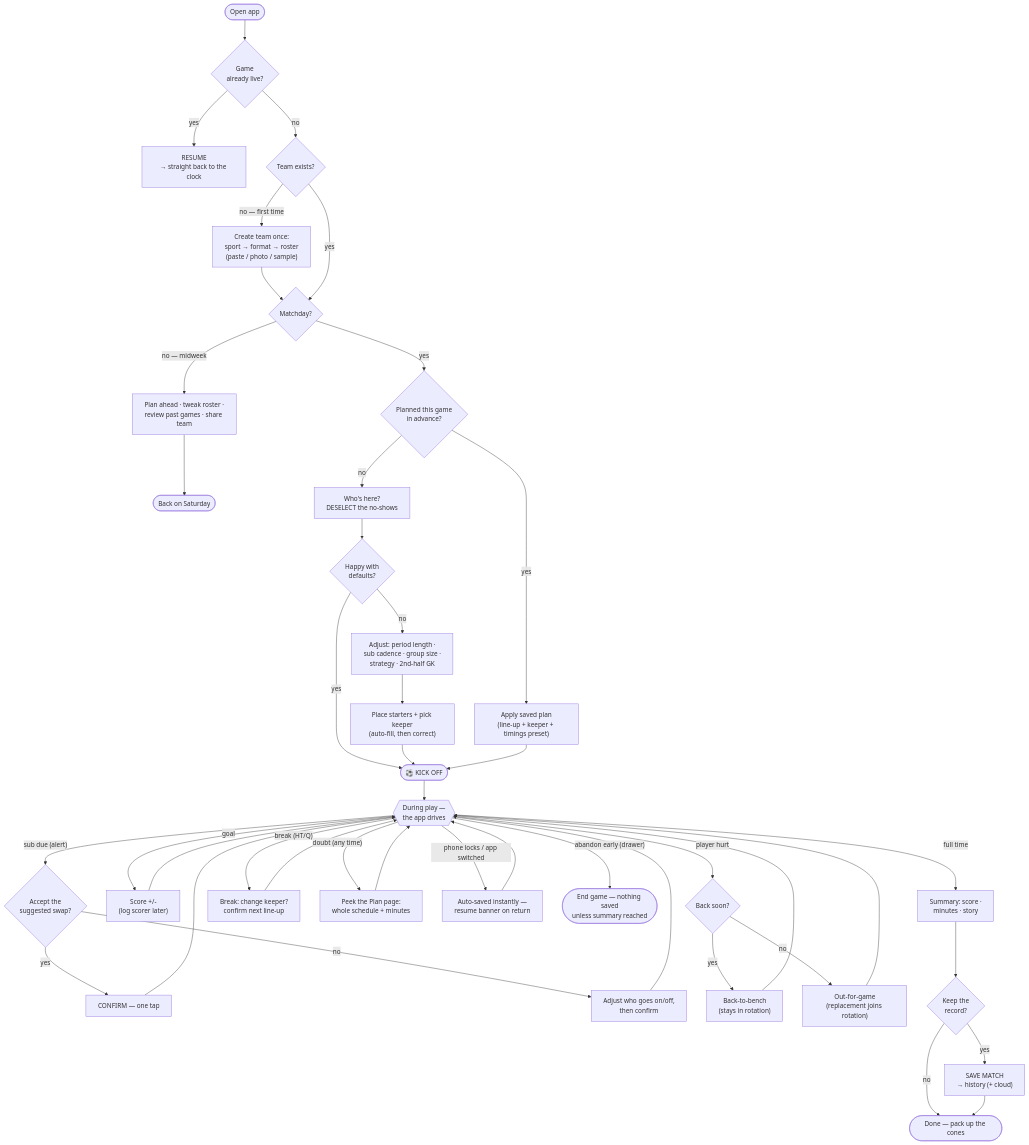
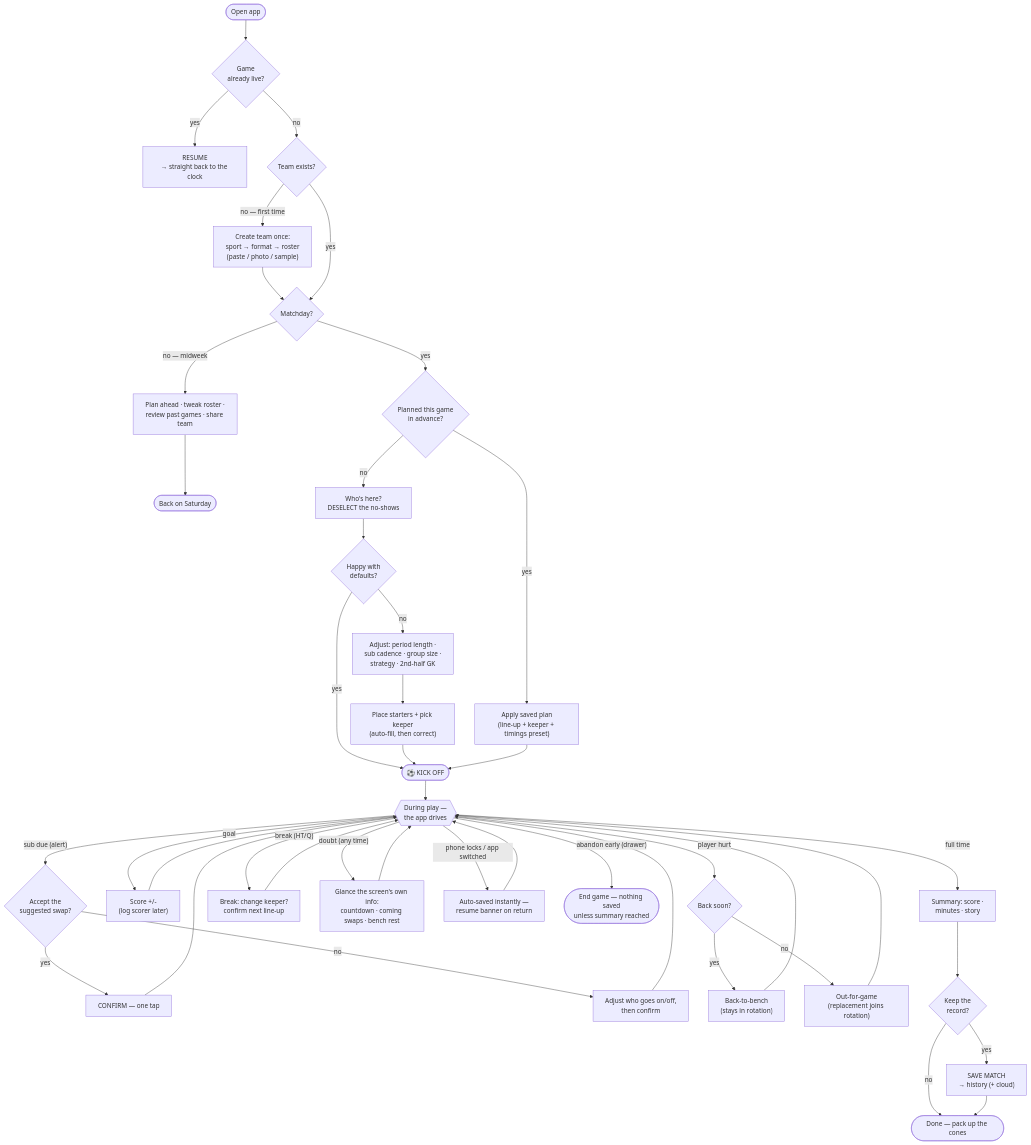
The second of 3 diagrams in docs/FLOW.md (PettetArchitects/OSKIMOO_sub-timer), drawn with Mermaid before and after one commit. The commit also changed other lines of this file and 8 other files, not shown here.

````diff
--- a/docs/FLOW.md
+++ b/docs/FLOW.md
@@ -91,46 +92,46 @@
 ```mermaid
 flowchart TD
     open(["Open app"]) --> live{"Game<br/>already live?"}
     live -->|yes| resume["RESUME<br/>→ straight back to the clock"]
     live -->|no| team{"Team exists?"}
 
     team -->|no — first time| create["Create team once:<br/>sport → format → roster<br/>(paste / photo / sample)"]
     create --> day
     team -->|yes| day{"Matchday?"}
 
     day -->|"no — midweek"| midweek["Plan ahead · tweak roster ·<br/>review past games · share team"]
     midweek --> later(["Back on Saturday"])
 
     day -->|yes| ready{"Planned this game<br/>in advance?"}
 
     ready -->|yes| applyPlan["Apply saved plan<br/>(line-up + keeper + timings preset)"]
     ready -->|no| squad["Who's here?<br/>DESELECT the no-shows"]
 
     squad --> defaults{"Happy with<br/>defaults?"}
     defaults -->|yes| kickoff
     defaults -->|no| tweak["Adjust: period length ·<br/>sub cadence · group size ·<br/>strategy · 2nd-half GK"]
     tweak --> lineup["Place starters + pick keeper<br/>(auto-fill, then correct)"]
     lineup --> kickoff(["⚽ KICK OFF"])
     applyPlan --> kickoff
 
     kickoff --> during{{"During play —<br/>the app drives"}}
     during -->|"sub due (alert)"| subq{"Accept the<br/>suggested swap?"}
     subq -->|yes| conf["CONFIRM — one tap"]
     subq -->|no| adjust["Adjust who goes on/off,<br/>then confirm"]
     conf --> during
     adjust --> during
     during -->|goal| score["Score +/- <br/>(log scorer later)"] --> during
     during -->|"player hurt"| injury{"Back soon?"}
     injury -->|yes| benchInj["Back-to-bench<br/>(stays in rotation)"] --> during
     injury -->|no| outInj["Out-for-game<br/>(replacement joins rotation)"] --> during
     during -->|"break (HT/Q)"| break_["Break: change keeper?<br/>confirm next line-up"] --> during
-    during -->|"doubt (any time)"| plan["Peek the Plan page:<br/>whole schedule + minutes"] --> during
+    during -->|"doubt (any time)"| ambient["Glance the screen's own info:<br/>countdown · coming swaps · bench rest"] --> during
     during -->|"phone locks / app switched"| saved["Auto-saved instantly —<br/>resume banner on return"] --> during
     during -->|"abandon early (drawer)"| abandoned(["End game — nothing saved<br/>unless summary reached"])
 
     during -->|"full time"| ft["Summary: score ·<br/>minutes · story"]
     ft --> save{"Keep the<br/>record?"}
     save -->|yes| history["SAVE MATCH<br/>→ history (+ cloud)"]
     save -->|no| done(["Done — pack up the cones"])
     history --> done
 ```
````
